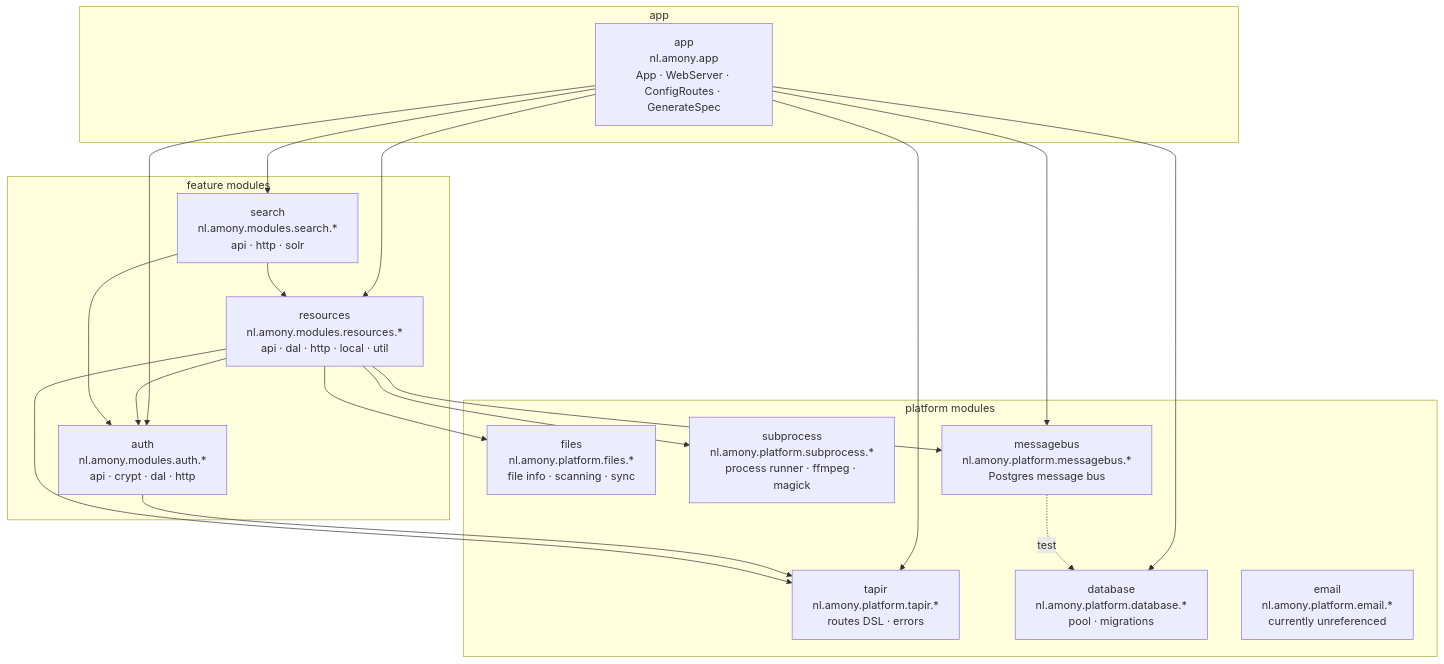
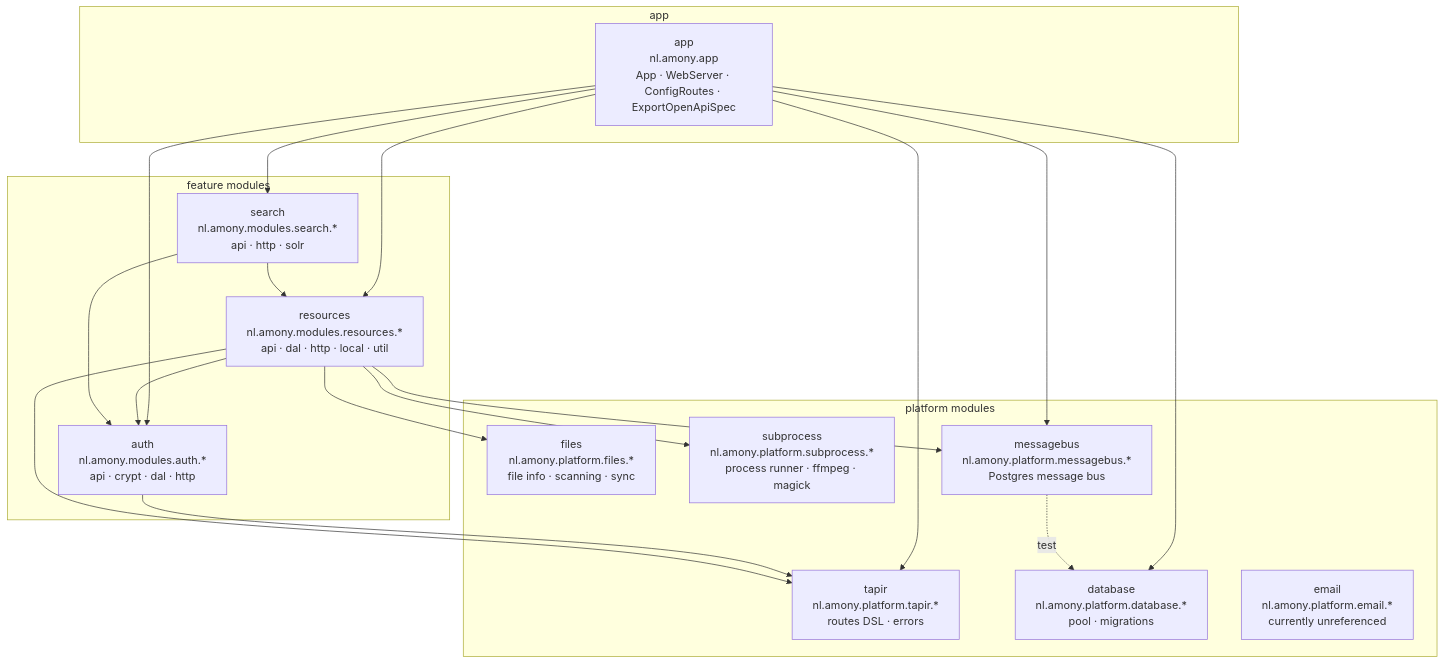
One commit to merlijn/amony changed the diagram in docs/modules/module-boundaries.md. Above: the diagram before and after it, drawn with Mermaid. The commit also changed 4 other files, not shown here.

Commit message:
refactor(backend): rename GenerateSpec -> ExportOpenApiSpec

````diff
--- a/docs/modules/module-boundaries.md
+++ b/docs/modules/module-boundaries.md
@@ -6,41 +6,41 @@
 ```mermaid
 flowchart TB
   subgraph app_group["app"]
-    app["app<br/>nl.amony.app<br/>App · WebServer · ConfigRoutes · GenerateSpec"]
+    app["app<br/>nl.amony.app<br/>App · WebServer · ConfigRoutes · ExportOpenApiSpec"]
   end
 
   subgraph feature_group["feature modules"]
     auth["auth<br/>nl.amony.modules.auth.*<br/>api · crypt · dal · http"]
     resources["resources<br/>nl.amony.modules.resources.*<br/>api · dal · http · local · util"]
     search["search<br/>nl.amony.modules.search.*<br/>api · http · solr"]
   end
 
   subgraph platform_group["platform modules"]
     tapir["tapir<br/>nl.amony.platform.tapir.*<br/>routes DSL · errors"]
     files["files<br/>nl.amony.platform.files.*<br/>file info · scanning · sync"]
     subprocess["subprocess<br/>nl.amony.platform.subprocess.*<br/>process runner · ffmpeg · magick"]
     database["database<br/>nl.amony.platform.database.*<br/>pool · migrations"]
     messagebus["messagebus<br/>nl.amony.platform.messagebus.*<br/>Postgres message bus"]
     email["email<br/>nl.amony.platform.email.*<br/>currently unreferenced"]
   end
 
   app --> auth
   app --> resources
   app --> search
   app --> tapir
   app --> database
   app --> messagebus
 
   auth --> tapir
 
   resources --> auth
   resources --> tapir
   resources --> files
   resources --> subprocess
   resources --> messagebus
 
   search --> auth
   search --> resources
 
   messagebus -.->|test| database
 ```
````
